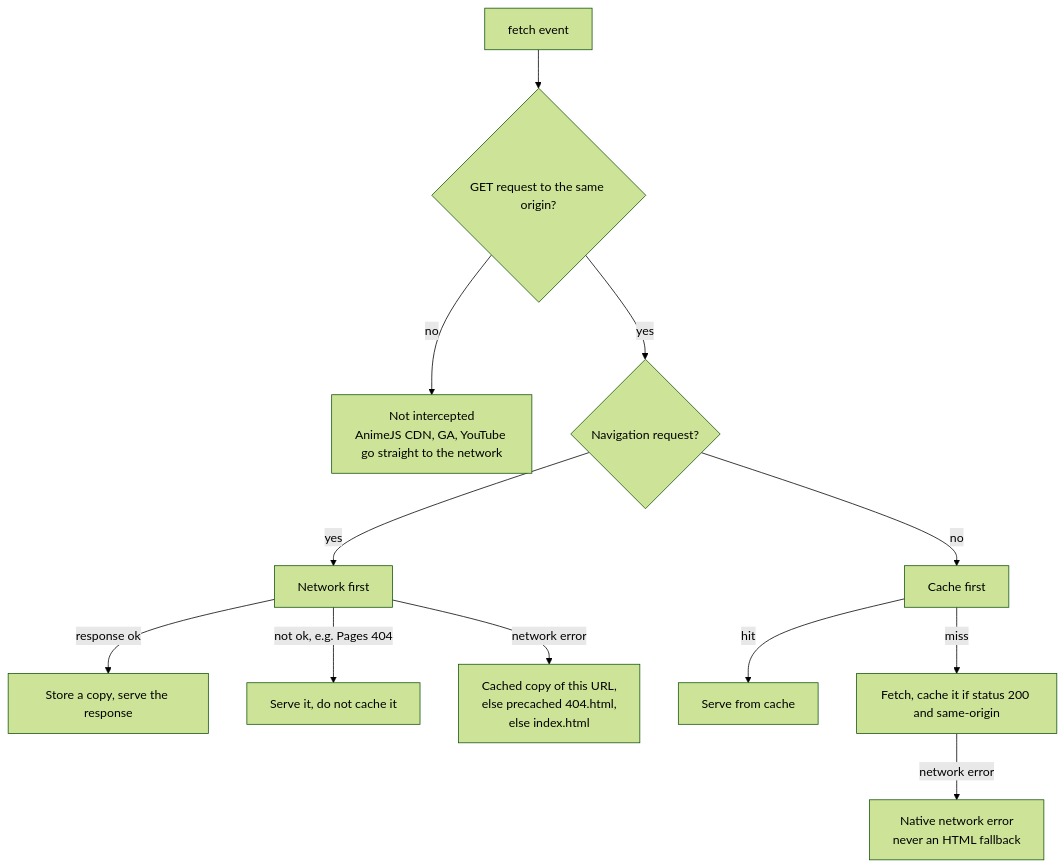
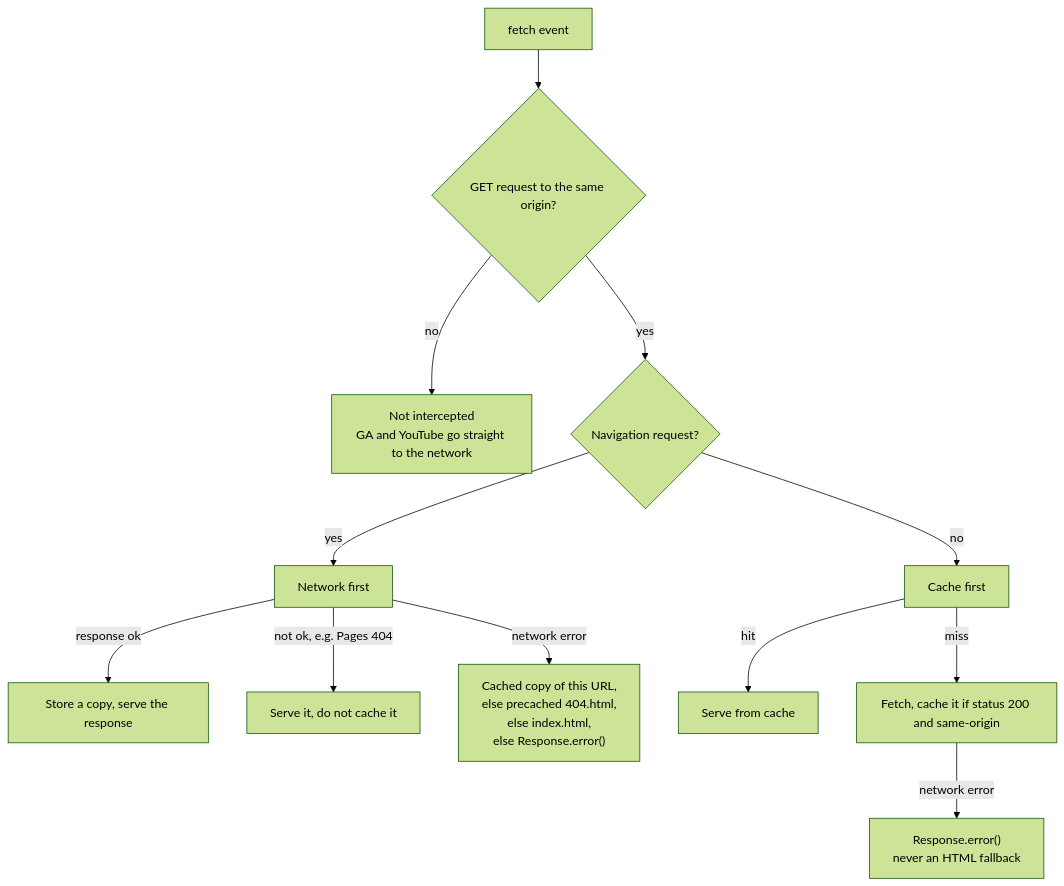
Before and after one commit to ColbyMainard/ColbyMainard.github.io: the eighth of 13 diagrams in assets/markdown/architecture.md, drawn with Mermaid (forest theme). The commit also changed other lines of this file and 16 other files, not shown here.

````diff
--- a/assets/markdown/architecture.md
+++ b/assets/markdown/architecture.md
@@ -455,14 +453,14 @@
 ```mermaid
 flowchart TD
     R["fetch event"] --> G{"GET request to the same origin?"}
-    G -->|no| PASS["Not intercepted<br/>AnimeJS CDN, GA, YouTube go straight to the network"]
+    G -->|no| PASS["Not intercepted<br/>GA and YouTube go straight to the network"]
     G -->|yes| N{"Navigation request?"}
     N -->|yes| NET["Network first"]
     NET -->|"response ok"| PUT1["Store a copy, serve the response"]
     NET -->|"not ok, e.g. Pages 404"| NOPUT["Serve it, do not cache it"]
-    NET -->|"network error"| FB["Cached copy of this URL,<br/>else precached 404.html,<br/>else index.html"]
+    NET -->|"network error"| FB["Cached copy of this URL,<br/>else precached 404.html,<br/>else index.html,<br/>else Response.error()"]
     N -->|no| CF["Cache first"]
     CF -->|hit| HIT["Serve from cache"]
     CF -->|miss| NET2["Fetch, cache it if status 200 and same-origin"]
-    NET2 -->|"network error"| NATIVE["Native network error<br/>never an HTML fallback"]
+    NET2 -->|"network error"| NATIVE["Response.error()<br/>never an HTML fallback"]
 ```
````
